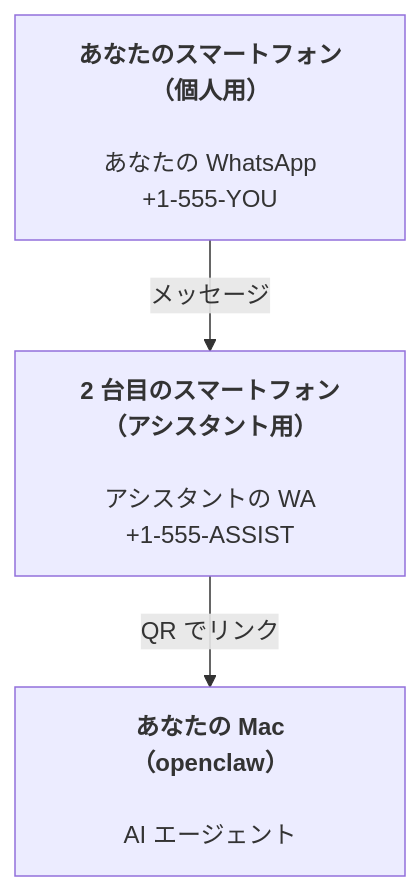
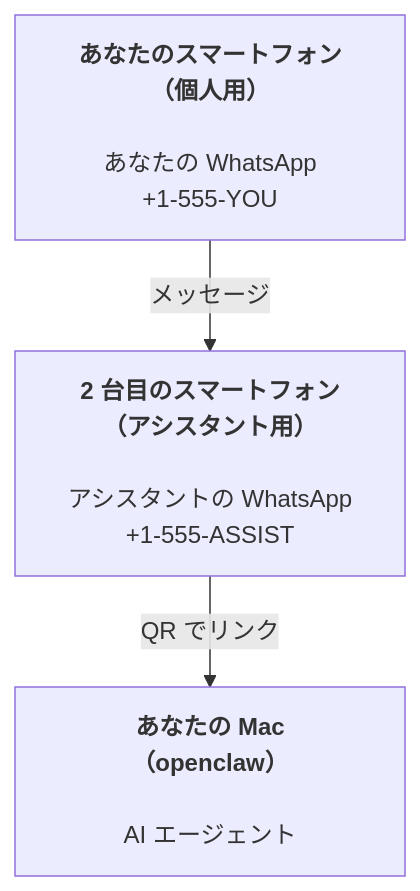
The diagram in openclaw-docs/ja-JP/start/openclaw.md (is0383kk/ai-docs-sync-workflow), drawn with Mermaid before and after one commit. The commit also changed other lines of this file and 11096 other files, not shown here.

````diff
--- a/openclaw-docs/ja-JP/start/openclaw.md
+++ b/openclaw-docs/ja-JP/start/openclaw.md
@@ -37,5 +37,5 @@
 ```mermaid
 flowchart TB
-    A["<b>あなたのスマートフォン（個人用）<br></b><br>あなたの WhatsApp<br>+1-555-YOU"] -- メッセージ --> B["<b>2 台目のスマートフォン（アシスタント用）<br></b><br>アシスタントの WA<br>+1-555-ASSIST"]
+    A["<b>あなたのスマートフォン（個人用）<br></b><br>あなたの WhatsApp<br>+1-555-YOU"] -- メッセージ --> B["<b>2 台目のスマートフォン（アシスタント用）<br></b><br>アシスタントの WhatsApp<br>+1-555-ASSIST"]
     B -- QR でリンク --> C["<b>あなたの Mac（openclaw）<br></b><br>AI エージェント"]
 ```
````
